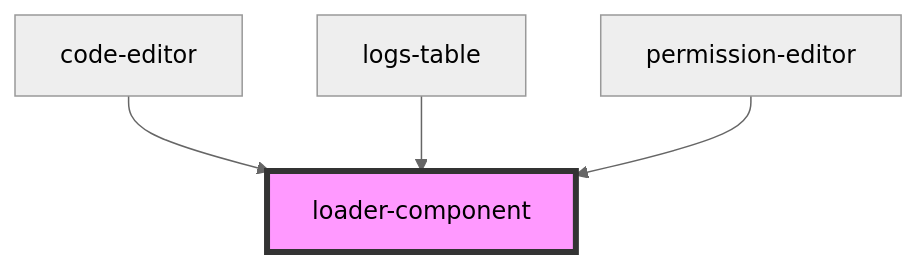
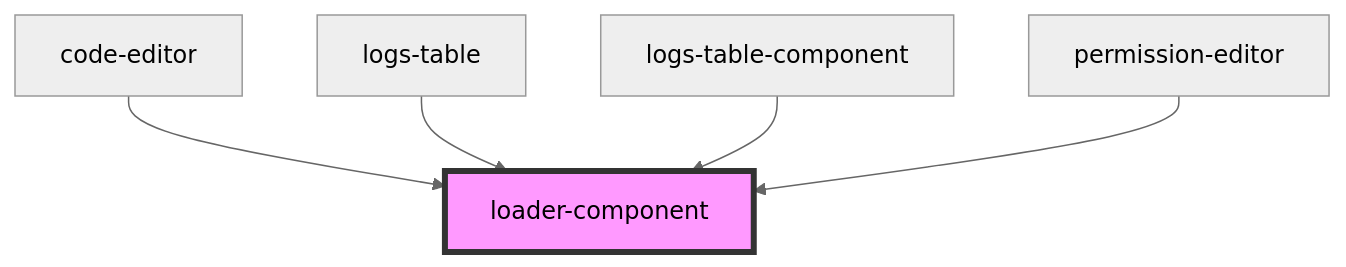
One commit to techvariable/NeptuneConnectComponents changed the diagram in src/components/common/loader-component/readme.md. Above: the diagram before and after it, drawn with Mermaid (neutral theme). The commit also changed other lines of this file and 27 other files, not shown here.

````diff
--- a/src/components/common/loader-component/readme.md
+++ b/src/components/common/loader-component/readme.md
@@ -17,7 +18,8 @@
 ```mermaid
 graph TD;
   code-editor --> loader-component
   logs-table --> loader-component
+  logs-table-component --> loader-component
   permission-editor --> loader-component
   style loader-component fill:#f9f,stroke:#333,stroke-width:4px
 ```
````
